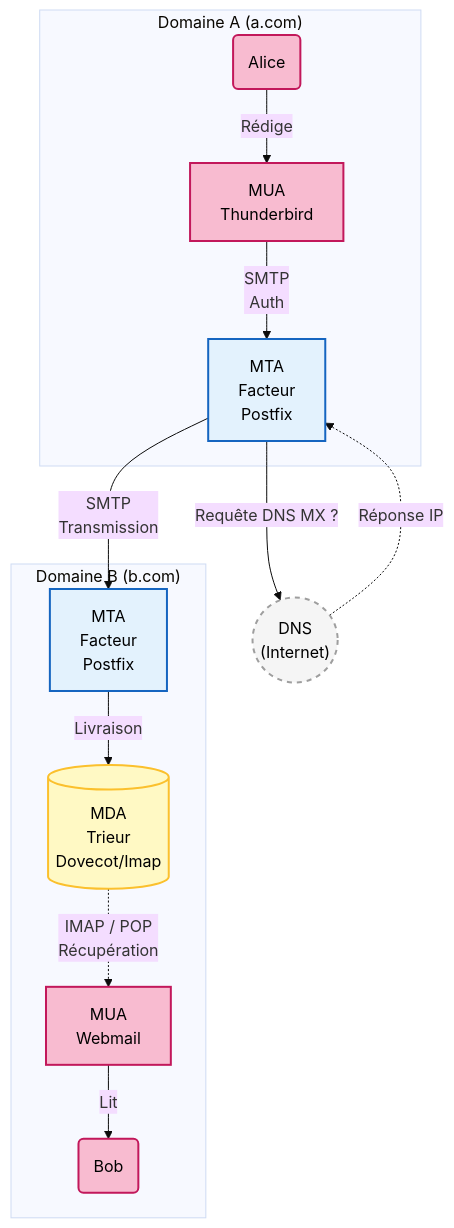
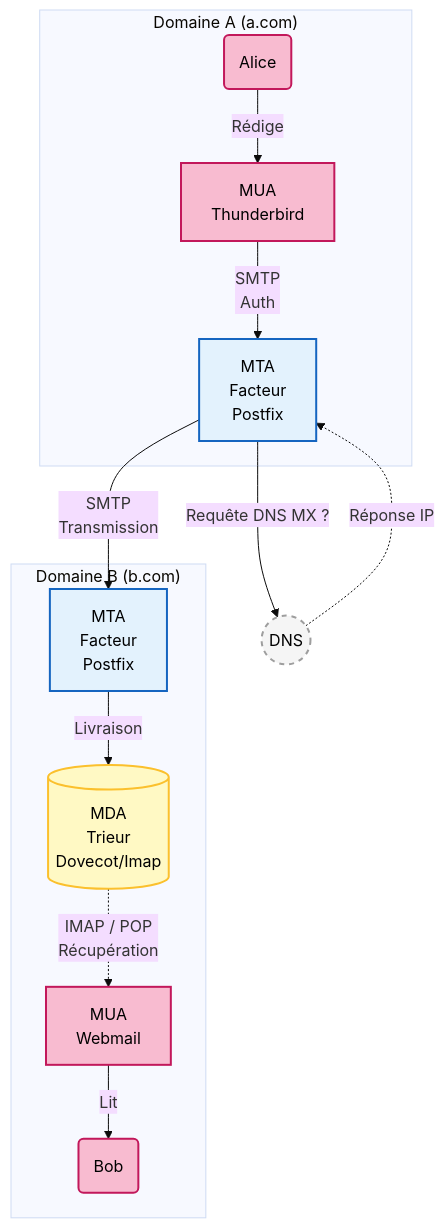
One commit to Yanal-Yves/blog changed the third of 3 diagrams in content/antispoofing-e-mail/01-architecture-concepts.md. Above: the diagram before and after it, drawn with Mermaid (base theme).

Commit message:
Diagramme du voyage : simplifier le libellé du nœud DNS en « DNS »

````diff
--- a/content/antispoofing-e-mail/01-architecture-concepts.md
+++ b/content/antispoofing-e-mail/01-architecture-concepts.md
@@ -155,25 +155,25 @@
 ```mermaid
 graph TD
   %% --- Définition des Styles ---
   classDef client fill:#f8bbd0,stroke:#c2185b,stroke-width:2px,color:#000;
   classDef server fill:#e3f2fd,stroke:#1565c0,stroke-width:2px,color:#000;
   classDef storage fill:#fff9c4,stroke:#fbc02d,stroke-width:2px,color:#000;
   classDef internet fill:#f5f5f5,stroke:#9e9e9e,stroke-width:2px,stroke-dasharray: 5 5,color:#000;
   %% --- Domaine A (Expéditeur) ---
   subgraph "Domaine A (a.com)"
       Alice(Alice):::client -->|Rédige| MUA_A[MUA<br/>Thunderbird]:::client
       MUA_A -->|SMTP<br/>Auth| MTA_A[MTA<br/>Facteur<br/>Postfix]:::server
   end
   %% --- DNS (dans Internet, requête annexe) ---
-  DNS(("DNS<br/>(Internet)")):::internet
+  DNS((DNS)):::internet
   %% --- Domaine B (Destinataire) ---
   subgraph "Domaine B (b.com)"
       MTA_B[MTA<br/>Facteur<br/>Postfix]:::server -->|Livraison| MDA_B[("MDA<br/>Trieur<br/>Dovecot/Imap")]:::storage
       MDA_B -.->|IMAP / POP<br/>Récupération| MUA_B[MUA<br/>Webmail]:::client
       MUA_B -->|Lit| Bob(Bob):::client
   end
   %% --- Liens inter-domaines (transitant par Internet) ---
   MTA_A -->|Requête DNS MX ?| DNS
   DNS -.->|Réponse IP| MTA_A
   MTA_A -->|SMTP<br/>Transmission| MTA_B
 ```
````
